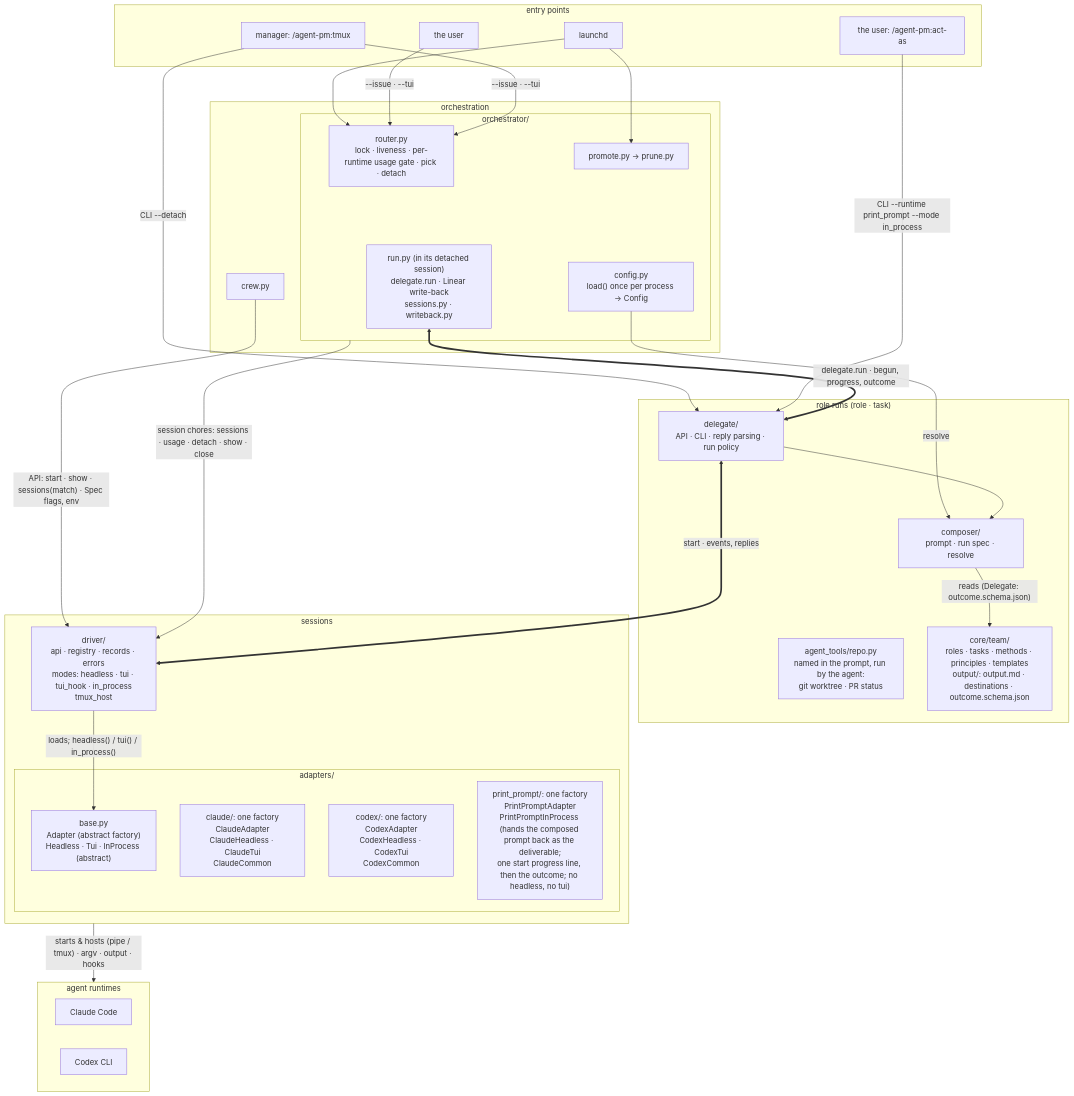
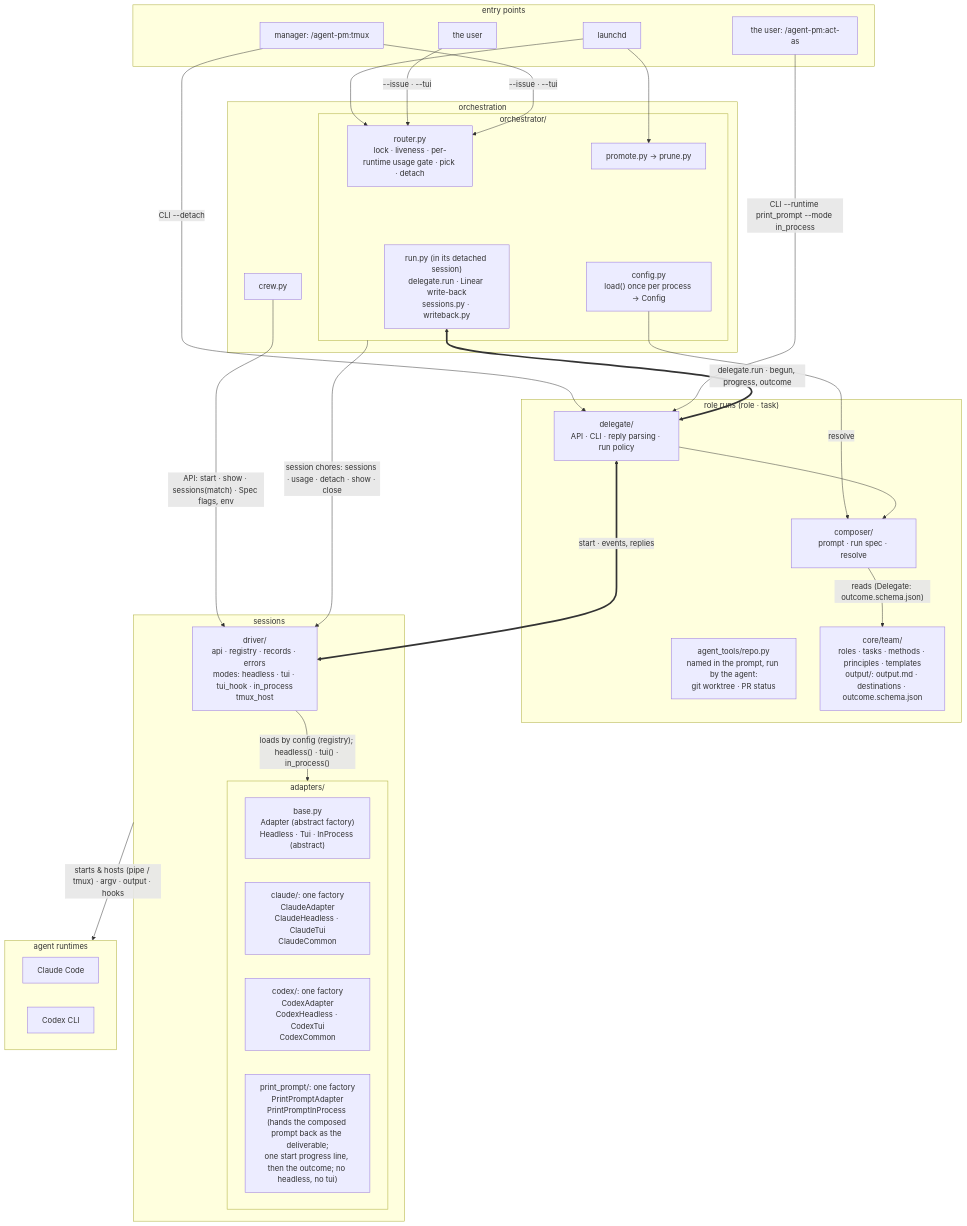
Before and after one commit to ophis/agent-pm: the second of 4 diagrams in README.md, drawn with Mermaid.

Commit message:
README: Driver loads the adapters, not base.py, in the architecture diagram
Claude-Session: https://claude.ai/code/session_01DWNTKp8E4ZkndBswMuqLEu

````diff
--- a/README.md
+++ b/README.md
@@ -20,53 +20,53 @@
 ```mermaid
 flowchart TB
   subgraph EN[entry points]
     LD[launchd]
     HU[the user]
     M["manager: /agent-pm:tmux"]
     A["the user: /agent-pm:act-as"]
   end
   subgraph L1[orchestration]
     subgraph OR[orchestrator/]
       R["router.py<br>lock · liveness · per-runtime usage gate · pick · detach"]
       RU["run.py (in its detached session)<br>delegate.run · Linear write-back<br>sessions.py · writeback.py"]
       PP["promote.py → prune.py"]
       CF["config.py<br>load() once per process → Config"]
     end
     W[crew.py]
   end
   subgraph L2["role runs (role · task)"]
     D["delegate/<br>API · CLI · reply parsing · run policy"]
     C["composer/<br>prompt · run spec · resolve"]
     AT["agent_tools/repo.py<br>named in the prompt, run by the agent:<br>git worktree · PR status"]
     T["core/team/<br>roles · tasks · methods · principles · templates<br>output/: output.md · destinations · outcome.schema.json"]
   end
   subgraph L3[sessions]
     DR["driver/<br>api · registry · records · errors<br>modes: headless · tui · tui_hook · in_process<br>tmux_host"]
     subgraph AD[adapters/]
       B["base.py<br>Adapter (abstract factory)<br>Headless · Tui · InProcess (abstract)"]
       CL["claude/: one factory<br>ClaudeAdapter<br>ClaudeHeadless · ClaudeTui<br>ClaudeCommon"]
       CX["codex/: one factory<br>CodexAdapter<br>CodexHeadless · CodexTui<br>CodexCommon"]
       PP2["print_prompt/: one factory<br>PrintPromptAdapter<br>PrintPromptInProcess (hands the composed prompt back as the deliverable;<br>one start progress line, then the outcome; no headless, no tui)"]
     end
   end
   subgraph RT[agent runtimes]
     P1[Claude Code]
     P2[Codex CLI]
   end
   LD --> R & PP
   HU & M -->|"--issue · --tui"| R
   M -->|"CLI --detach"| D
   A -->|"CLI --runtime print_prompt --mode in_process"| D
   W -->|"API: start · show · sessions(match) · Spec flags, env"| DR
   RU <==>|"delegate.run · begun, progress, outcome"| D
   CF -->|resolve| C
   OR -->|"session chores: sessions · usage · detach · show · close"| DR
   D --> C
   C -->|"reads (Delegate: outcome.schema.json)"| T
   D <==>|"start · events, replies"| DR
-  DR -->|"loads; headless() / tui() / in_process()"| B
+  DR -->|"loads by config (registry); headless() · tui() · in_process()"| AD
   L3 -->|"starts & hosts (pipe / tmux) · argv · output · hooks"| RT
   R ~~~ RU
   PP ~~~ CF
   C ~~~ DR
 ```
````
